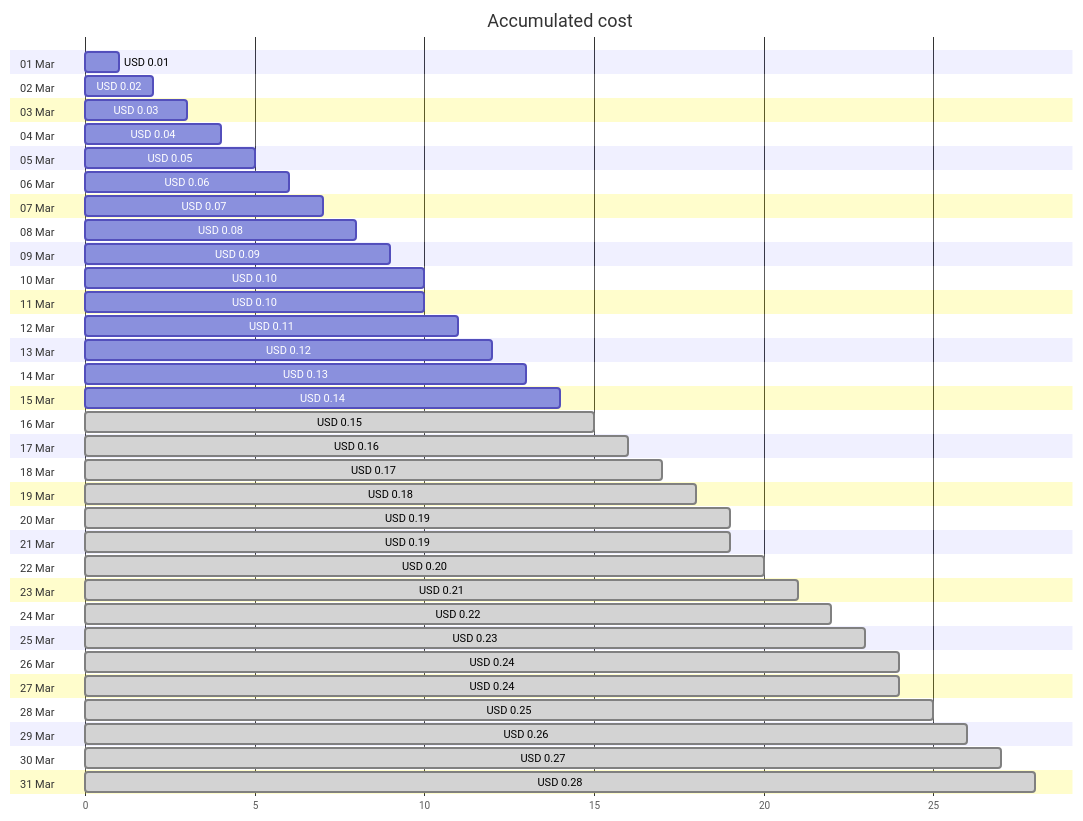
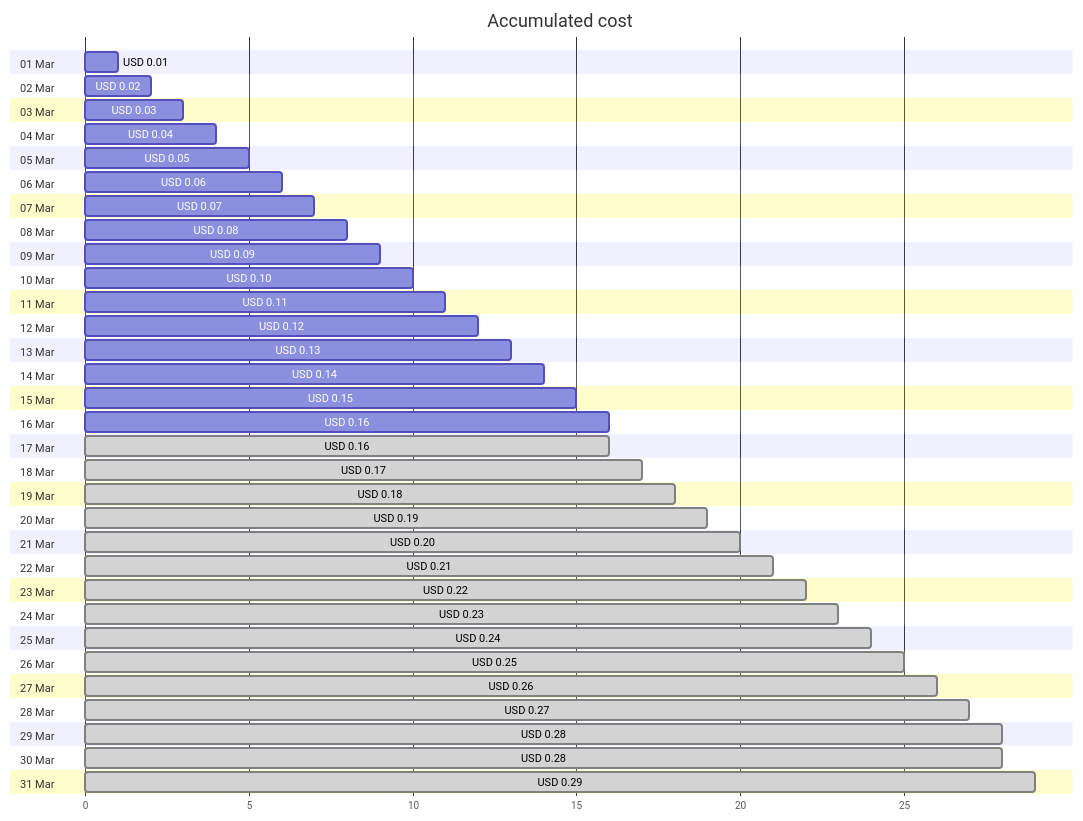
The first of 4 diagrams in cost-reports/cloud-shell-storage-eastus/README.md (jpfulton/azure-personal-reports), drawn with Mermaid before and after one commit. The commit also changed other lines of this file and 1 other file, not shown here.

````diff
--- a/cost-reports/cloud-shell-storage-eastus/README.md
+++ b/cost-reports/cloud-shell-storage-eastus/README.md
@@ -20,68 +20,68 @@
 ```mermaid
 gantt
    title Accumulated cost
    dateFormat  X
    axisFormat %s
    section 01 Mar
    USD 0.01 :0, 1
    section 02 Mar
    USD 0.02 :0, 2
    section 03 Mar
    USD 0.03 :0, 3
    section 04 Mar
    USD 0.04 :0, 4
    section 05 Mar
    USD 0.05 :0, 5
    section 06 Mar
    USD 0.06 :0, 6
    section 07 Mar
    USD 0.07 :0, 7
    section 08 Mar
    USD 0.08 :0, 8
    section 09 Mar
    USD 0.09 :0, 9
    section 10 Mar
    USD 0.10 :0, 10
    section 11 Mar
-   USD 0.10 :0, 10
+   USD 0.11 :0, 11
    section 12 Mar
-   USD 0.11 :0, 11
+   USD 0.12 :0, 12
    section 13 Mar
-   USD 0.12 :0, 12
+   USD 0.13 :0, 13
    section 14 Mar
-   USD 0.13 :0, 13
+   USD 0.14 :0, 14
    section 15 Mar
-   USD 0.14 :0, 14
+   USD 0.15 :0, 15
    section 16 Mar
-   USD 0.15 : done, 0, 15
+   USD 0.16 :0, 16
    section 17 Mar
    USD 0.16 : done, 0, 16
    section 18 Mar
    USD 0.17 : done, 0, 17
    section 19 Mar
    USD 0.18 : done, 0, 18
    section 20 Mar
    USD 0.19 : done, 0, 19
    section 21 Mar
-   USD 0.19 : done, 0, 19
+   USD 0.20 : done, 0, 20
    section 22 Mar
-   USD 0.20 : done, 0, 20
+   USD 0.21 : done, 0, 21
    section 23 Mar
-   USD 0.21 : done, 0, 21
+   USD 0.22 : done, 0, 22
    section 24 Mar
-   USD 0.22 : done, 0, 22
+   USD 0.23 : done, 0, 23
    section 25 Mar
-   USD 0.23 : done, 0, 23
+   USD 0.24 : done, 0, 24
    section 26 Mar
-   USD 0.24 : done, 0, 24
+   USD 0.25 : done, 0, 25
    section 27 Mar
-   USD 0.24 : done, 0, 24
+   USD 0.26 : done, 0, 26
    section 28 Mar
-   USD 0.25 : done, 0, 25
+   USD 0.27 : done, 0, 27
    section 29 Mar
-   USD 0.26 : done, 0, 26
+   USD 0.28 : done, 0, 28
    section 30 Mar
-   USD 0.27 : done, 0, 27
+   USD 0.28 : done, 0, 28
    section 31 Mar
-   USD 0.28 : done, 0, 28
+   USD 0.29 : done, 0, 29
 ```
````
